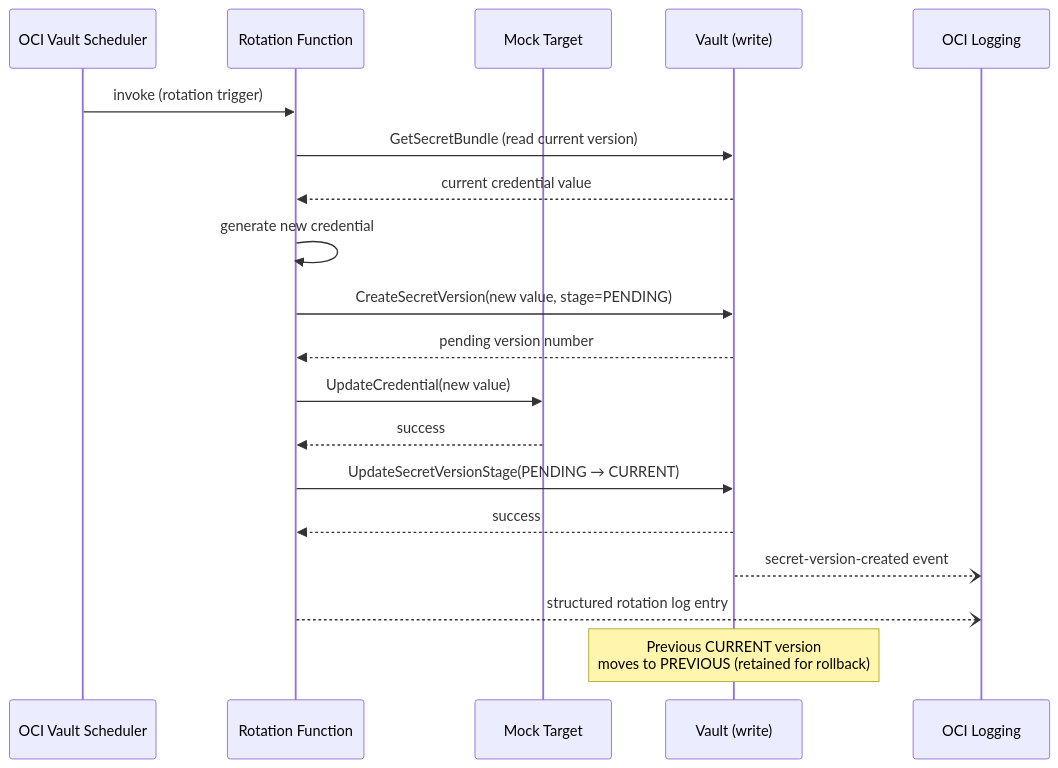
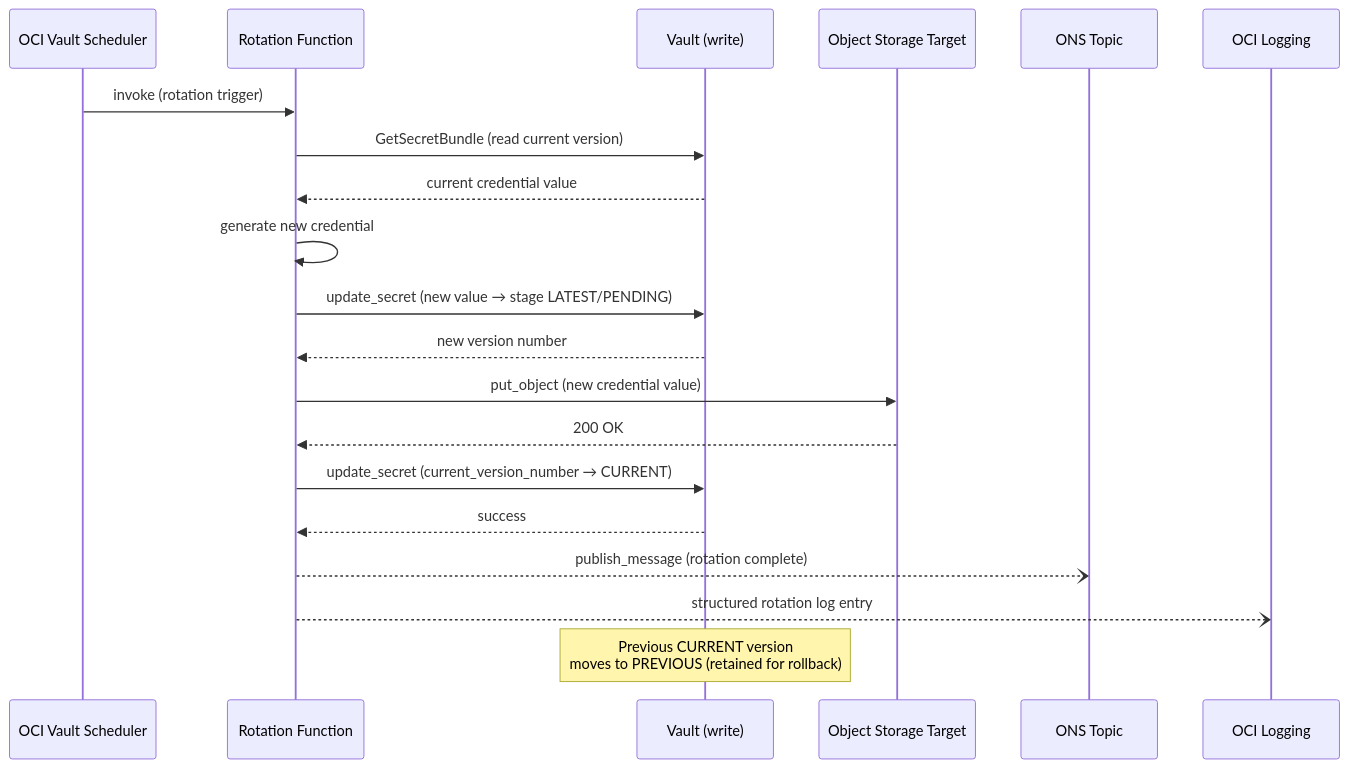
Before and after one commit to perspectivism/oci-secret-rotation: the second of 2 diagrams in docs/design.md, drawn with Mermaid. The commit also changed other lines of this file and 6 other files, not shown here.

````diff
--- a/docs/design.md
+++ b/docs/design.md
@@ -95,22 +95,23 @@
 ```mermaid
 sequenceDiagram
     participant VS as OCI Vault Scheduler
     participant FN as Rotation Function
-    participant MT as Mock Target
     participant VW as Vault (write)
+    participant OS as Object Storage Target
+    participant ONS as ONS Topic
     participant LG as OCI Logging
 
     VS->>FN: invoke (rotation trigger)
     FN->>VW: GetSecretBundle (read current version)
     VW-->>FN: current credential value
     FN->>FN: generate new credential
-    FN->>VW: CreateSecretVersion(new value, stage=PENDING)
-    VW-->>FN: pending version number
-    FN->>MT: UpdateCredential(new value)
-    MT-->>FN: success
-    FN->>VW: UpdateSecretVersionStage(PENDING → CURRENT)
+    FN->>VW: update_secret (new value → stage LATEST/PENDING)
+    VW-->>FN: new version number
+    FN->>OS: put_object (new credential value)
+    OS-->>FN: 200 OK
+    FN->>VW: update_secret (current_version_number → CURRENT)
     VW-->>FN: success
-    VW--)LG: secret-version-created event
+    FN--)ONS: publish_message (rotation complete)
     FN--)LG: structured rotation log entry
     Note over VW: Previous CURRENT version<br/>moves to PREVIOUS (retained for rollback)
 ```
````
